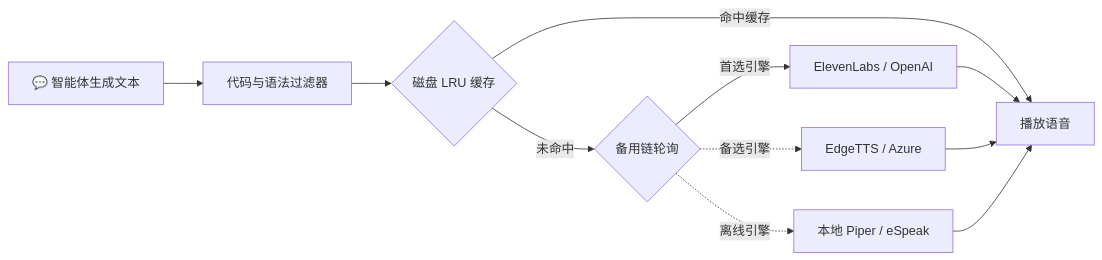
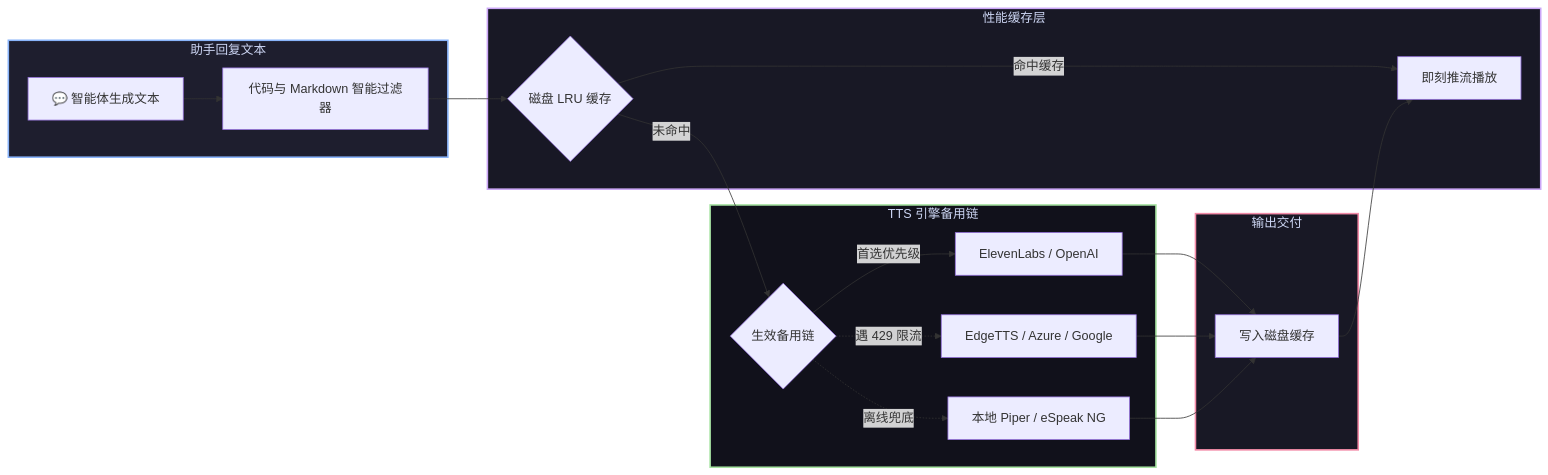
The diagram in README.zh.md (GooDAnDReaDY/dsh-tts), drawn with Mermaid before and after one commit. The commit also changed other lines of this file and 2 other files, not shown here.

Commit message:
docs: expand dsh-tts with 10+ provider matrix, text scrubbing engine, LRU caching & full translations

````diff
--- a/README.zh.md
+++ b/README.zh.md
@@ -28,13 +30,30 @@
 ```mermaid
 graph LR
-    Reply[💬 智能体生成文本] --> Filter[代码与语法过滤器]
-    Filter --> Cache{磁盘 LRU 缓存}
-    Cache -->|命中缓存| Audio[播放语音]
-    Cache -->|未命中| Chain{备用链轮询}
-    Chain -->|首选引擎| Eleven[ElevenLabs / OpenAI]
-    Chain -.->|备选引擎| Edge[EdgeTTS / Azure]
-    Chain -.->|离线引擎| Local[本地 Piper / eSpeak]
-    Eleven --> Audio
-    Edge --> Audio
-    Local --> Audio
+    subgraph Input [助手回复文本]
+        Reply[💬 智能体生成文本] --> Scrub[代码与 Markdown 智能过滤器]
+    end
+
+    subgraph Cache [性能缓存层]
+        Scrub --> LRU{磁盘 LRU 缓存}
+        LRU -->|命中缓存| Play[即刻推流播放]
+    end
+
+    subgraph Fallback [TTS 引擎备用链]
+        LRU -->|未命中| Chain{生效备用链}
+        Chain -->|首选优先级| P1[ElevenLabs / OpenAI]
+        Chain -.->|遇 429 限流| P2[EdgeTTS / Azure / Google]
+        Chain -.->|离线兜底| P3[本地 Piper / eSpeak NG]
+    end
+
+    subgraph Output [输出交付]
+        P1 --> Store[写入磁盘缓存]
+        P2 --> Store
+        P3 --> Store
+        Store --> Play
+    end
+
+    style Input fill:#1e1e2e,stroke:#89b4fa,stroke-width:2px,color:#cdd6f4
+    style Cache fill:#181825,stroke:#cba6f7,stroke-width:2px,color:#cdd6f4
+    style Fallback fill:#11111b,stroke:#a6e3a1,stroke-width:2px,color:#cdd6f4
+    style Output fill:#181825,stroke:#f38ba8,stroke-width:2px,color:#cdd6f4
 ```
````
